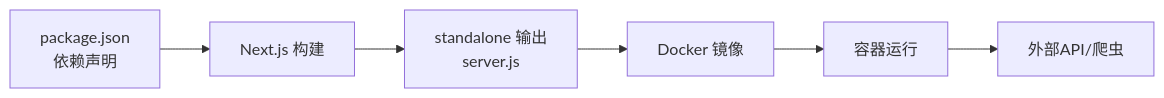
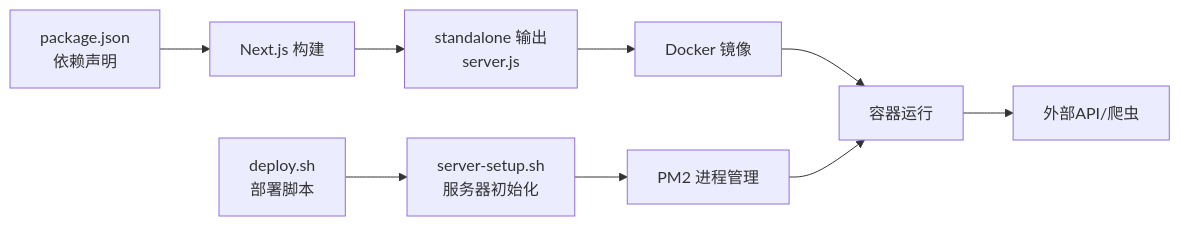
Before and after one commit to zuozuoliu740-cmd/xianxiong-news: the eighth of 8 diagrams in .qoder/repowiki/zh/content/部署和运维/Docker容器化部署.md, drawn with Mermaid. The commit also changed other lines of this file and 11 other files, not shown here.

````diff
--- a/.qoder/repowiki/zh/content/部署和运维/Docker容器化部署.md
+++ b/.qoder/repowiki/zh/content/部署和运维/Docker容器化部署.md
@@ -305,8 +409,11 @@
 ```mermaid
 graph LR
 P["package.json<br/>依赖声明"] --> N["Next.js 构建"]
 N --> O["standalone 输出<br/>server.js"]
 O --> I["Docker 镜像"]
 I --> R["容器运行"]
 R --> E["外部API/爬虫"]
+D["deploy.sh<br/>部署脚本"] --> SS["server-setup.sh<br/>服务器初始化"]
+SS --> PM2["PM2 进程管理"]
+PM2 --> R
 ```
````
